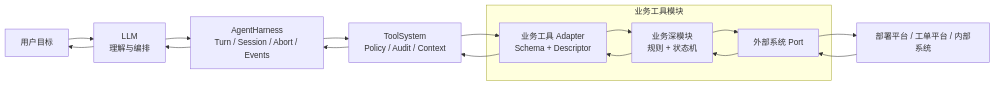
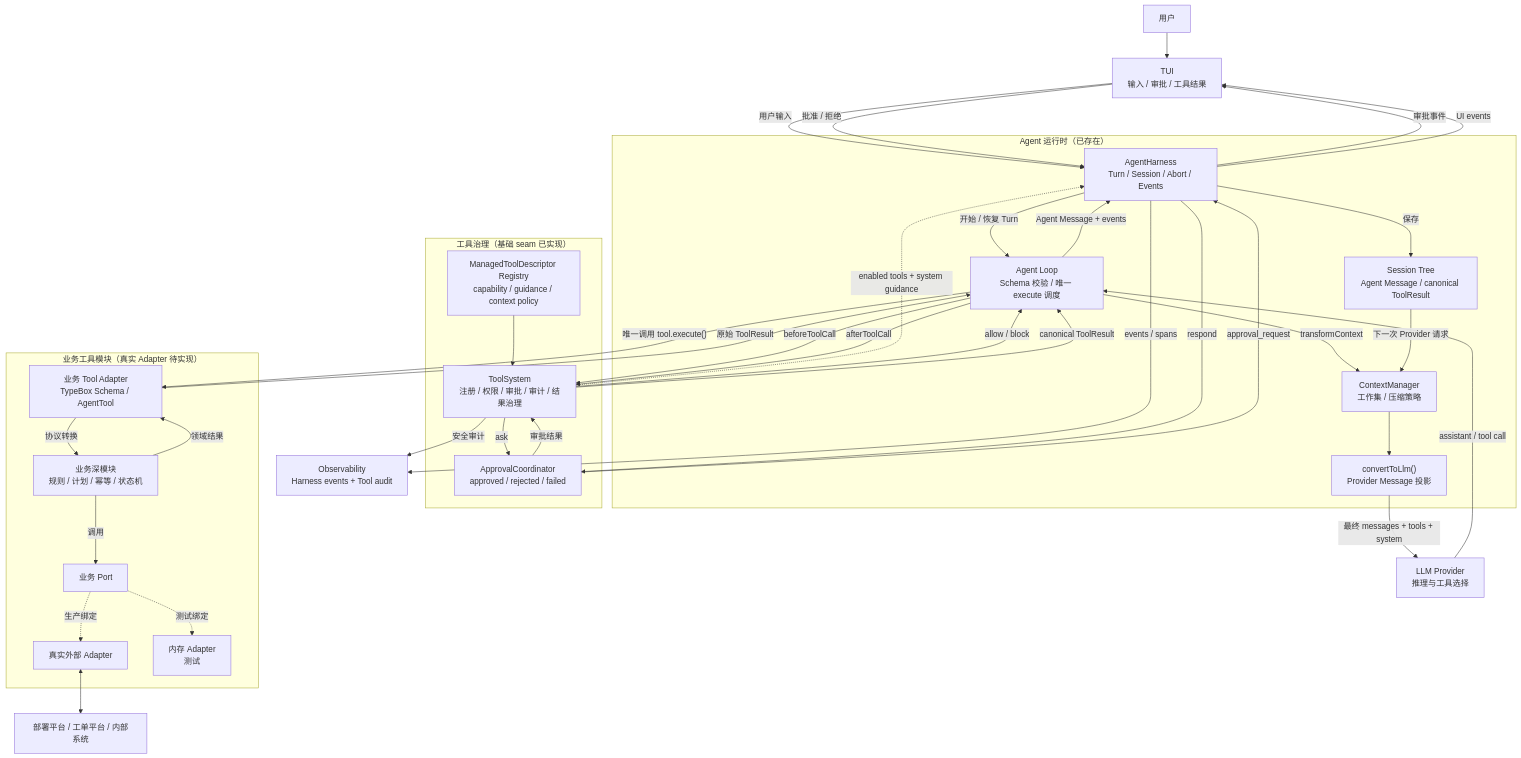
The first of 3 diagrams in apps/logos-agent/docs/business-tool-modules.md (changhuaqiu/pi), drawn with Mermaid before and after one commit. The commit also changed other lines of this file, not shown here.

Commit message:
docs(agent): add business tool architecture diagrams

````diff
--- a/apps/logos-agent/docs/business-tool-modules.md
+++ b/apps/logos-agent/docs/business-tool-modules.md
@@ -19,25 +23,69 @@
 ```mermaid
-flowchart LR
-    USER["用户目标"] --> MODEL["LLM<br/>理解与编排"]
-    MODEL --> HARNESS["AgentHarness<br/>Turn / Session / Abort / Events"]
-    HARNESS --> SYSTEM["ToolSystem<br/>Policy / Audit / Context"]
+flowchart TB
+    USER["用户"]
+    TUI["TUI<br/>输入 / 审批 / 工具结果"]
+    PROVIDER["LLM Provider<br/>推理与工具选择"]
+    OBS["Observability<br/>Harness events + Tool audit"]
 
-    subgraph BUSINESS["业务工具模块"]
-        TOOL["业务工具 Adapter<br/>Schema + Descriptor"]
-        DOMAIN["业务深模块<br/>规则 + 状态机"]
-        PORT["外部系统 Port"]
+    subgraph RUNTIME["Agent 运行时（已存在）"]
+        HARNESS["AgentHarness<br/>Turn / Session / Abort / Events"]
+        LOOP["Agent Loop<br/>Schema 校验 / 唯一 execute 调度"]
+        CONTEXT["ContextManager<br/>工作集 / 压缩策略"]
+        CONVERT["convertToLlm()<br/>Provider Message 投影"]
+        SESSION["Session Tree<br/>Agent Message / canonical ToolResult"]
     end
 
-    SYSTEM --> TOOL
-    TOOL --> DOMAIN
-    DOMAIN --> PORT
-    PORT --> EXTERNAL["部署平台 / 工单平台 / 内部系统"]
+    subgraph GOVERNANCE["工具治理（基础 seam 已实现）"]
+        SYSTEM["ToolSystem<br/>注册 / 权限 / 审批 / 审计 / 结果治理"]
+        REGISTRY["ManagedToolDescriptor Registry<br/>capability / guidance / context policy"]
+        APPROVAL["ApprovalCoordinator<br/>approved / rejected / failed"]
+    end
 
-    EXTERNAL --> PORT
-    PORT --> DOMAIN
-    DOMAIN --> TOOL
-    TOOL --> SYSTEM
-    SYSTEM --> HARNESS
-    HARNESS --> MODEL
-    MODEL --> USER
+    subgraph BUSINESS["业务工具模块（真实 Adapter 待实现）"]
+        TOOL["业务 Tool Adapter<br/>TypeBox Schema / AgentTool"]
+        DOMAIN["业务深模块<br/>规则 / 计划 / 幂等 / 状态机"]
+        PORT["业务 Port"]
+        PROD["真实外部 Adapter"]
+        MEMORY["内存 Adapter<br/>测试"]
+    end
+
+    EXTERNAL["部署平台 / 工单平台 / 内部系统"]
+
+    USER --> TUI
+    TUI -->|"用户输入"| HARNESS
+    HARNESS -->|"开始 / 恢复 Turn"| LOOP
+    LOOP -->|"transformContext"| CONTEXT
+    CONTEXT --> CONVERT
+    CONVERT -->|"最终 messages + tools + system"| PROVIDER
+    PROVIDER -->|"assistant / tool call"| LOOP
+
+    SYSTEM -.->|"enabled tools + system guidance"| HARNESS
+    REGISTRY --> SYSTEM
+    LOOP -->|"beforeToolCall"| SYSTEM
+    SYSTEM -->|"ask"| APPROVAL
+    APPROVAL -->|"approval_request"| HARNESS
+    HARNESS -->|"审批事件"| TUI
+    TUI -->|"批准 / 拒绝"| HARNESS
+    HARNESS -->|"respond"| APPROVAL
+    APPROVAL -->|"审批结果"| SYSTEM
+    SYSTEM -->|"allow / block"| LOOP
+
+    LOOP -->|"唯一调用 tool.execute()"| TOOL
+    TOOL -->|"协议转换"| DOMAIN
+    DOMAIN -->|"调用"| PORT
+    PORT -.->|"生产绑定"| PROD
+    PORT -.->|"测试绑定"| MEMORY
+    PROD <--> EXTERNAL
+
+    DOMAIN -->|"领域结果"| TOOL
+    TOOL -->|"原始 ToolResult"| LOOP
+    LOOP -->|"afterToolCall"| SYSTEM
+    SYSTEM -->|"canonical ToolResult"| LOOP
+    LOOP -->|"Agent Message + events"| HARNESS
+    HARNESS -->|"保存"| SESSION
+    HARNESS -->|"UI events"| TUI
+    SESSION -->|"下一次 Provider 请求"| CONTEXT
+
+    SYSTEM -->|"安全审计"| OBS
+    HARNESS -->|"events / spans"| OBS
 ```
````
